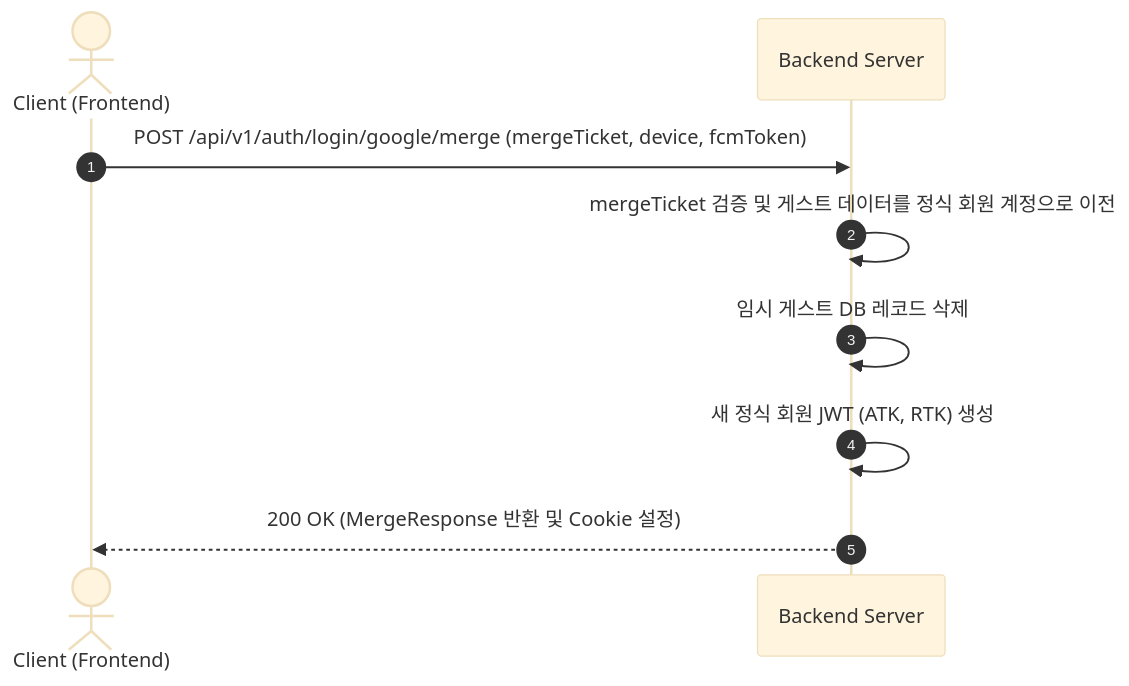
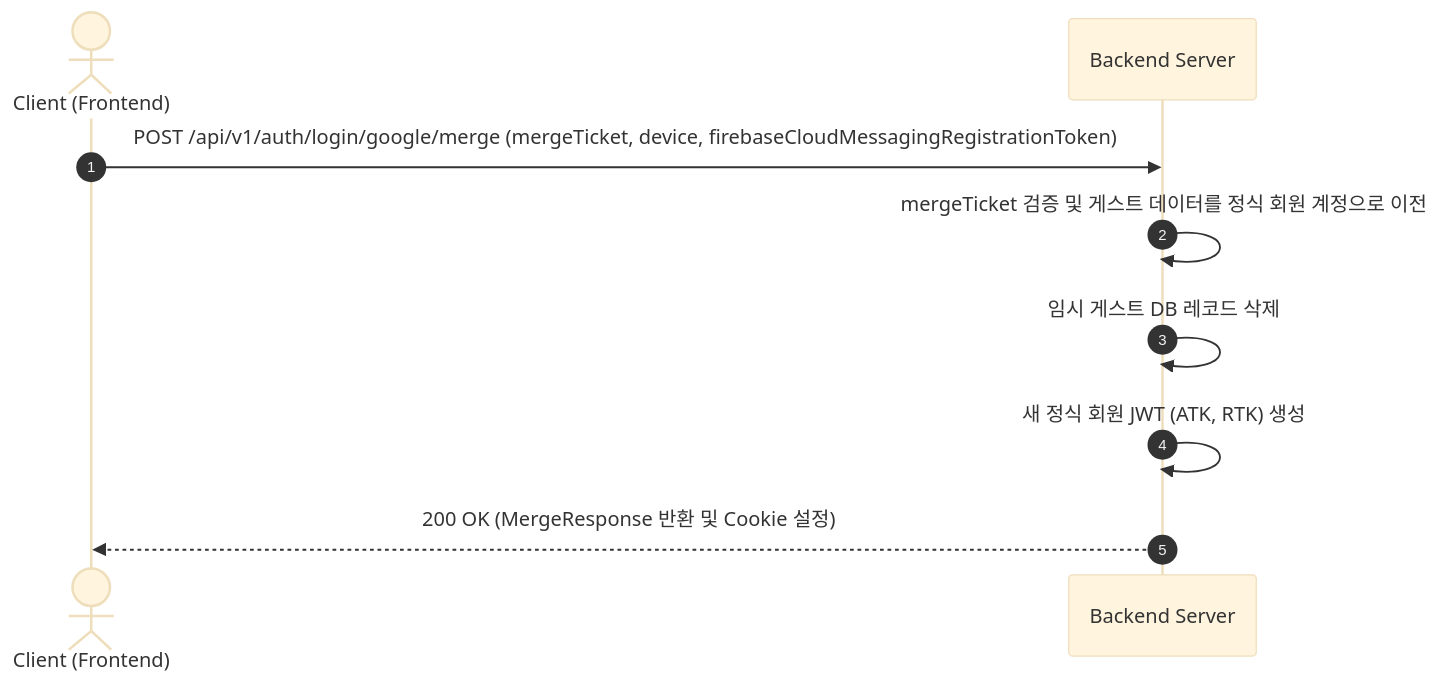
One commit to mju-sugangsincheong-helper2/mju-sugangsincheong-helper-backend changed the third of 6 diagrams in docs/login_logic.md. Above: the diagram before and after it, drawn with Mermaid (base theme). The commit also changed other lines of this file and 57 other files, not shown here.

````diff
--- a/docs/login_logic.md
+++ b/docs/login_logic.md
@@ -146,12 +146,12 @@
 ```mermaid
 sequenceDiagram
     autonumber
     actor Client as Client (Frontend)
     participant Server as Backend Server
 
-    Client->>Server: POST /api/v1/auth/login/google/merge (mergeTicket, device, fcmToken)
+    Client->>Server: POST /api/v1/auth/login/google/merge (mergeTicket, device, firebaseCloudMessagingRegistrationToken)
     Server->>Server: mergeTicket 검증 및 게스트 데이터를 정식 회원 계정으로 이전
     Server->>Server: 임시 게스트 DB 레코드 삭제
     Server->>Server: 새 정식 회원 JWT (ATK, RTK) 생성
     Server-->>Client: 200 OK (MergeResponse 반환 및 Cookie 설정)
 ```
````
